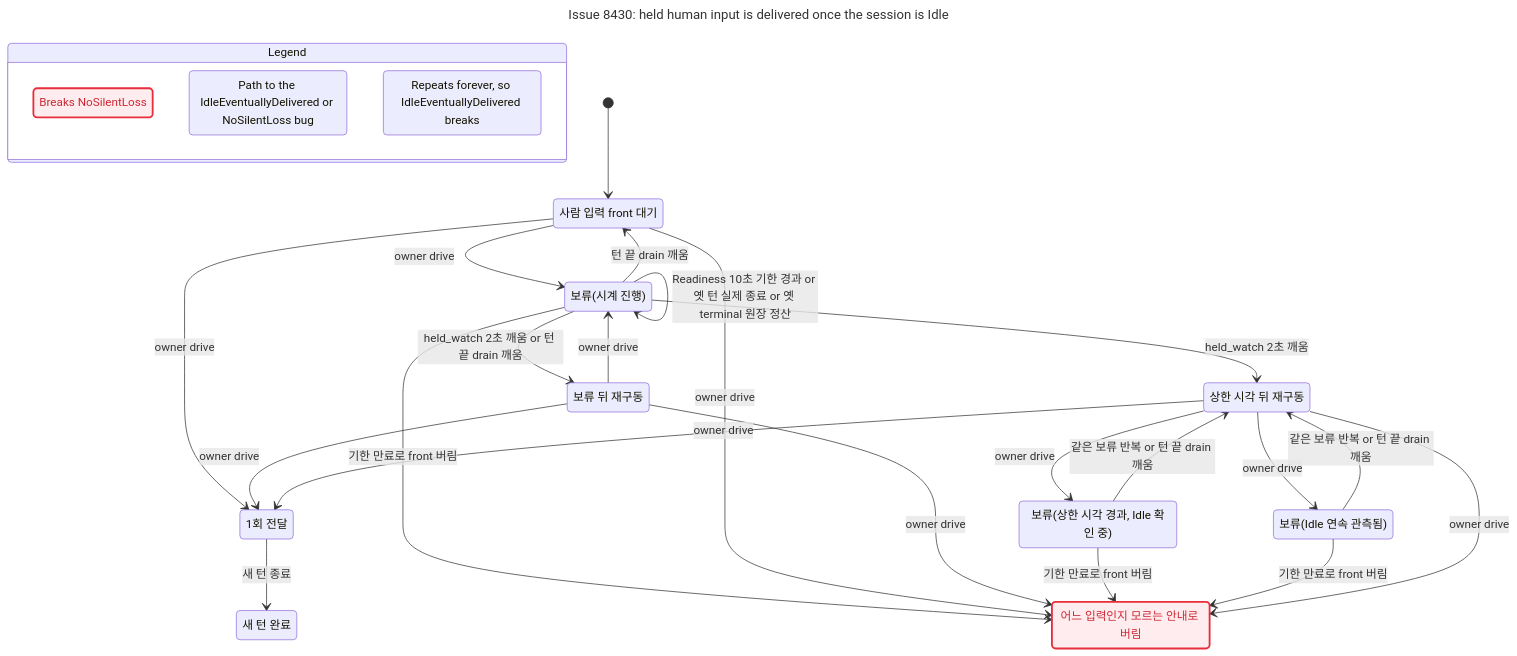
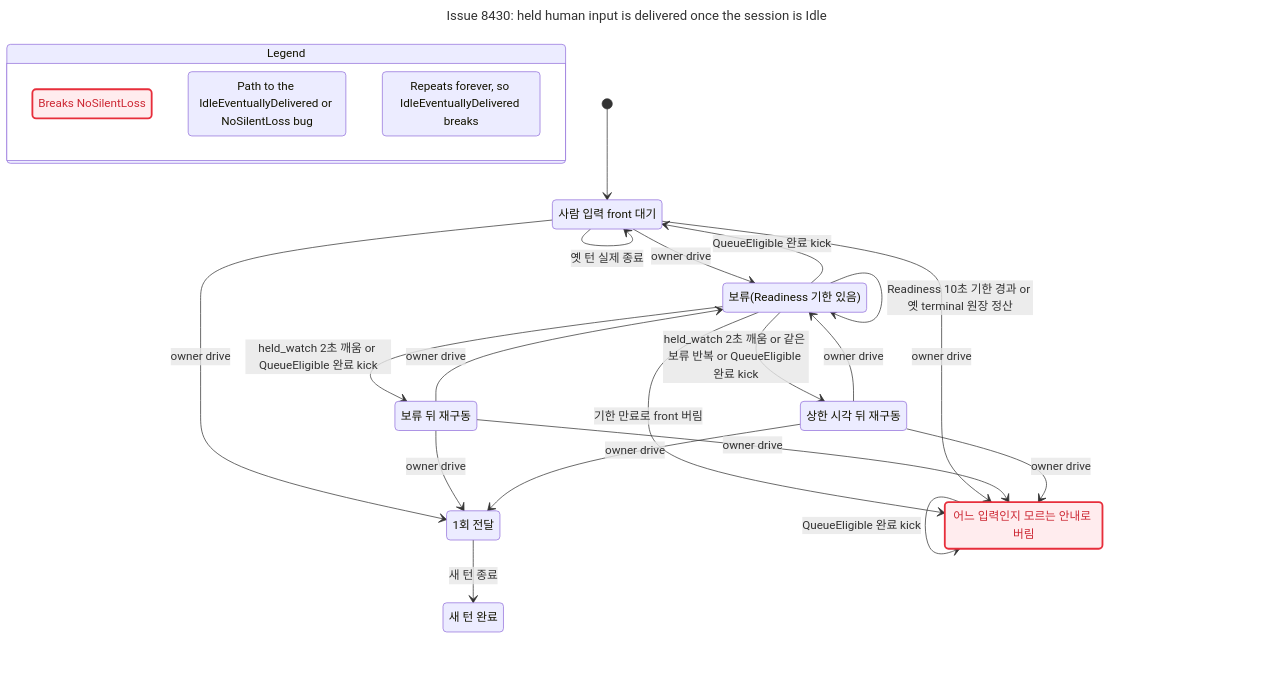
The diagram in docs/statecharts/input-single-path/human-hold-bound.current-clear-drop.chart.mmd (itismyfield/AgentDesk), drawn with Mermaid before and after one commit. The commit also changed 8 other files, not shown here.

```diff
--- a/docs/statecharts/input-single-path/human-hold-bound.current-clear-drop.chart.mmd
+++ b/docs/statecharts/input-single-path/human-hold-bound.current-clear-drop.chart.mmd
@@ -1,50 +1,44 @@
 ---
 title: "Issue 8430: held human input is delivered once the session is Idle"
 ---
 stateDiagram-v2
   state "Legend" as legend {
     lg0: Breaks NoSilentLoss
     lg1: Path to the IdleEventuallyDelivered or NoSilentLoss bug
     lg2: Repeats forever, so IdleEventuallyDelivered breaks
   }
   class lg0 breaks
   class lg1 bugPath
   class lg2 repeats
   s0: 사람 입력 front 대기
-  s1: 보류(시계 진행)
+  s1: 보류(Readiness 기한 있음)
   s2: 보류 뒤 재구동
   s3: 어느 입력인지 모르는 안내로 버림
   s4: 1회 전달
   s5: 새 턴 완료
   s6: 상한 시각 뒤 재구동
-  s7: 보류(상한 시각 경과, Idle 확인 중)
-  s8: 보류(Idle 연속 관측됨)
   [*] --> s0
   s0 --> s1: owner drive
-  s1 --> s1: Readiness 10초 기한 경과 or 옛 턴 실제 종료 or 옛 terminal 원장 정산
-  s1 --> s2: held_watch 2초 깨움 or 턴 끝 drain 깨움
+  s0 --> s0: 옛 턴 실제 종료
+  s1 --> s1: Readiness 10초 기한 경과 or 옛 terminal 원장 정산
+  s1 --> s2: held_watch 2초 깨움 or QueueEligible 완료 kick
   s1 --> s3: 기한 만료로 front 버림
   s0 --> s4: owner drive
   s2 --> s1: owner drive
-  s1 --> s0: 턴 끝 drain 깨움
-  s1 --> s6: held_watch 2초 깨움
+  s1 --> s0: QueueEligible 완료 kick
+  s1 --> s6: held_watch 2초 깨움 or 같은 보류 반복 or QueueEligible 완료 kick
   s4 --> s5: 새 턴 종료
   s2 --> s4: owner drive
-  s6 --> s7: owner drive
-  s7 --> s6: 같은 보류 반복 or 턴 끝 drain 깨움
+  s6 --> s1: owner drive
   s0 --> s3: owner drive
   s2 --> s3: owner drive
-  s6 --> s8: owner drive
-  s8 --> s6: 같은 보류 반복 or 턴 끝 drain 깨움
-  s7 --> s3: 기한 만료로 front 버림
+  s3 --> s3: QueueEligible 완료 kick
   s6 --> s4: owner drive
-  s8 --> s3: 기한 만료로 front 버림
   s6 --> s3: owner drive
   classDef breaks fill:#ffecee,stroke:#e72e3b,stroke-width:2.5px,color:#cd2834
   class s0 bugPath
   class s1 bugPath
   class s2 bugPath
   class s3 breaks
   class s3 bugPath
   class s3 repeats
-  class s6 bugPath
```
